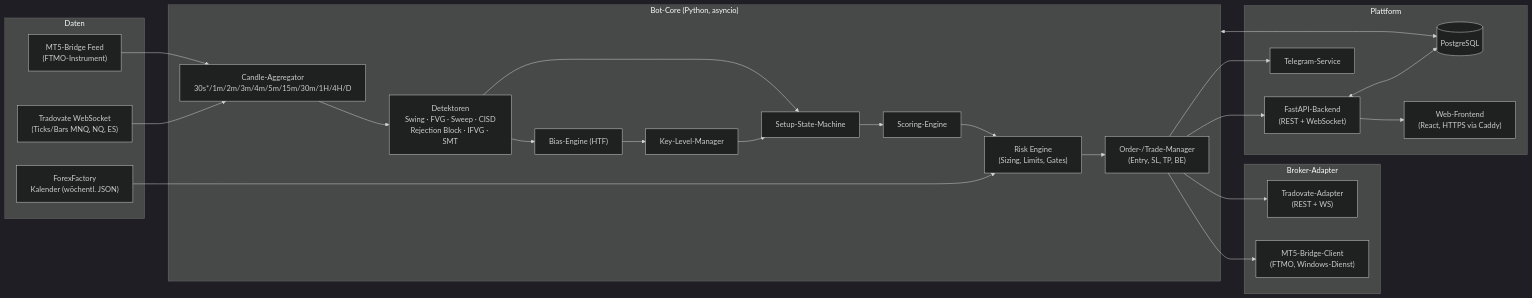
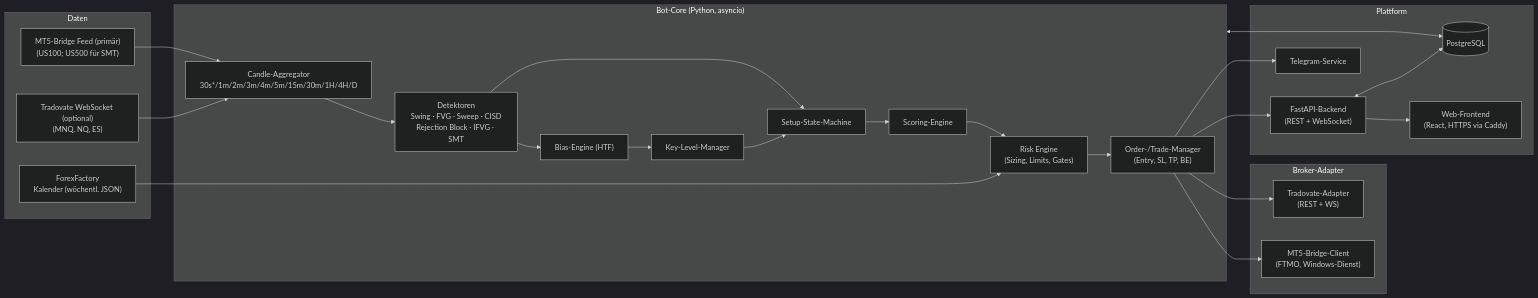
The diagram in docs/SPEC.md (dealextrana/Forex), drawn with Mermaid (dark theme) before and after one commit. The commit also changed other lines of this file and 2 other files, not shown here.

First line of the commit message:
F1-F7 eingearbeitet: MT5/FTMO primär, Anleitungen für Telegram und Server

````diff
--- a/docs/SPEC.md
+++ b/docs/SPEC.md
@@ -61,44 +63,44 @@
 ```mermaid
 flowchart LR
     subgraph Data["Daten"]
-        TDfeed["Tradovate WebSocket\n(Ticks/Bars MNQ, NQ, ES)"]
-        MT5feed["MT5-Bridge Feed\n(FTMO-Instrument)"]
+        MT5feed["MT5-Bridge Feed (primär)\n(US100; US500 für SMT)"]
+        TDfeed["Tradovate WebSocket (optional)\n(MNQ, NQ, ES)"]
         FF["ForexFactory\nKalender (wöchentl. JSON)"]
     end
 
     subgraph Core["Bot-Core (Python, asyncio)"]
         AGG["Candle-Aggregator\n30s*/1m/2m/3m/4m/5m/15m/30m/1H/4H/D"]
         DET["Detektoren\nSwing · FVG · Sweep · CISD\nRejection Block · IFVG · SMT"]
         BIAS["Bias-Engine (HTF)"]
         KL["Key-Level-Manager"]
         SM["Setup-State-Machine"]
         SCORE["Scoring-Engine"]
         RISK["Risk Engine\n(Sizing, Limits, Gates)"]
         EXEC["Order-/Trade-Manager\n(Entry, SL, TP, BE)"]
     end
 
     subgraph Brokers["Broker-Adapter"]
         TD["Tradovate-Adapter\n(REST + WS)"]
         MT5["MT5-Bridge-Client\n(FTMO, Windows-Dienst)"]
     end
 
     subgraph Platform["Plattform"]
         DB[("PostgreSQL")]
         API["FastAPI-Backend\n(REST + WebSocket)"]
         WEB["Web-Frontend\n(React, HTTPS via Caddy)"]
         TG["Telegram-Service"]
     end
 
     TDfeed --> AGG
     MT5feed --> AGG
     FF --> RISK
     AGG --> DET --> BIAS --> KL --> SM
     DET --> SM
     SM --> SCORE --> RISK --> EXEC
     EXEC --> TD & MT5
     EXEC --> TG
     Core <--> DB
     API <--> DB
     API --> WEB
     EXEC --> API
 ```
````
